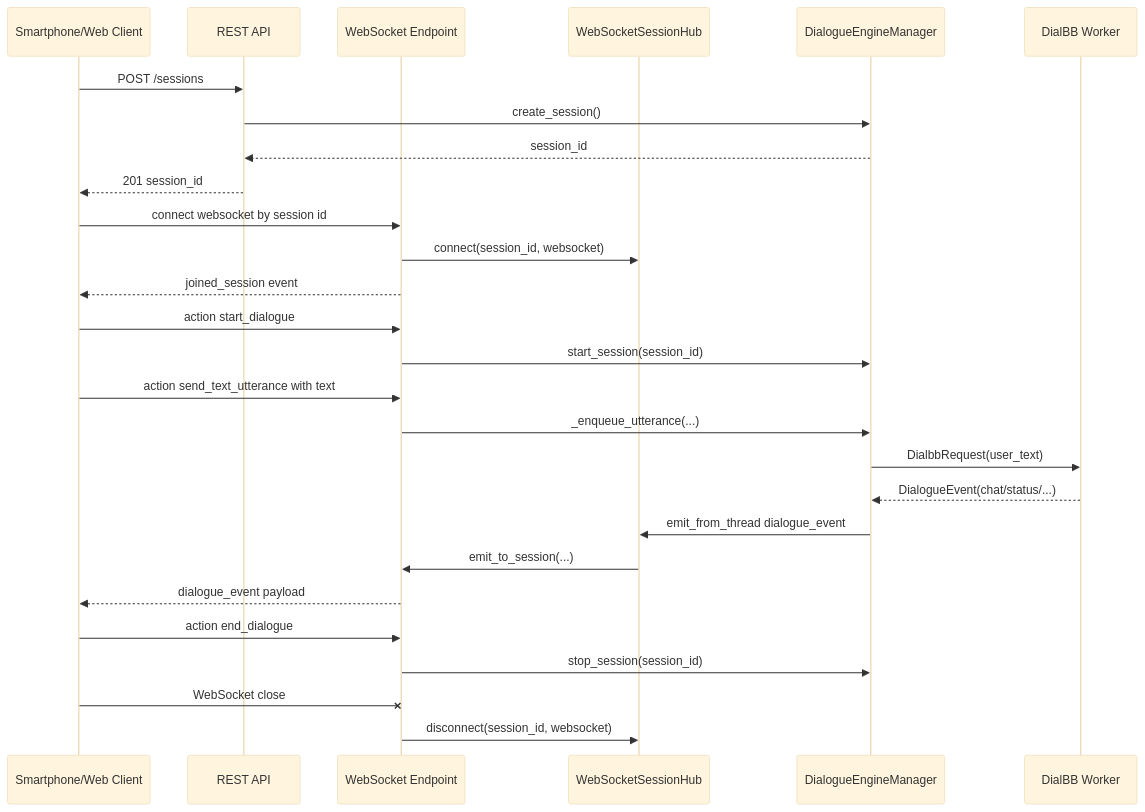
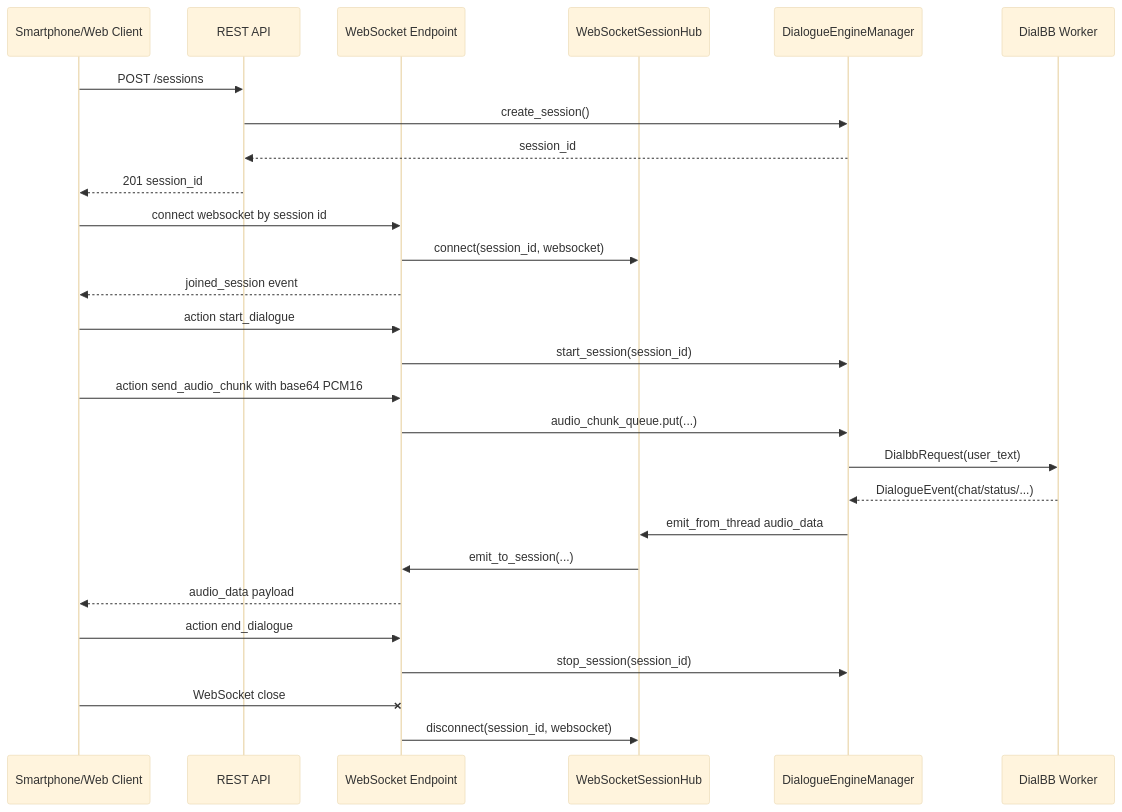
Before and after one commit to c4a-ri/dialbb: the second of 2 diagrams in dialbb/multimodal/PHASE2_API.md, drawn with Mermaid (base theme). The commit also changed other lines of this file and 19 other files, not shown here.

````diff
--- a/dialbb/multimodal/PHASE2_API.md
+++ b/dialbb/multimodal/PHASE2_API.md
@@ -298,35 +245,35 @@
 ```mermaid
 sequenceDiagram
   participant C as Smartphone/Web Client
   participant R as REST API
   participant W as WebSocket Endpoint
   participant H as WebSocketSessionHub
   participant E as DialogueEngineManager
   participant D as DialBB Worker
 
   C->>R: POST /sessions
   R->>E: create_session()
   E-->>R: session_id
   R-->>C: 201 session_id
 
   C->>W: connect websocket by session id
   W->>H: connect(session_id, websocket)
   W-->>C: joined_session event
 
   C->>W: action start_dialogue
   W->>E: start_session(session_id)
 
-  C->>W: action send_text_utterance with text
-  W->>E: _enqueue_utterance(...)
+  C->>W: action send_audio_chunk with base64 PCM16
+  W->>E: audio_chunk_queue.put(...)
   E->>D: DialbbRequest(user_text)
   D-->>E: DialogueEvent(chat/status/...)
 
-  E->>H: emit_from_thread dialogue_event
+  E->>H: emit_from_thread audio_data
   H->>W: emit_to_session(...)
-  W-->>C: dialogue_event payload
+  W-->>C: audio_data payload
 
   C->>W: action end_dialogue
   W->>E: stop_session(session_id)
   C-xW: WebSocket close
   W->>H: disconnect(session_id, websocket)
 ```
````
